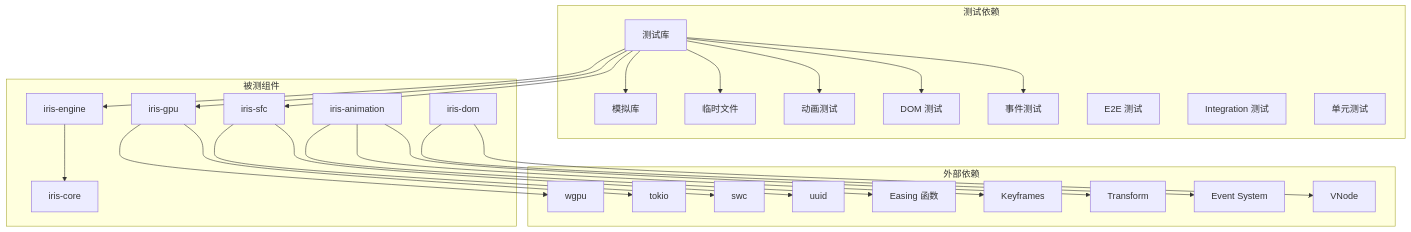
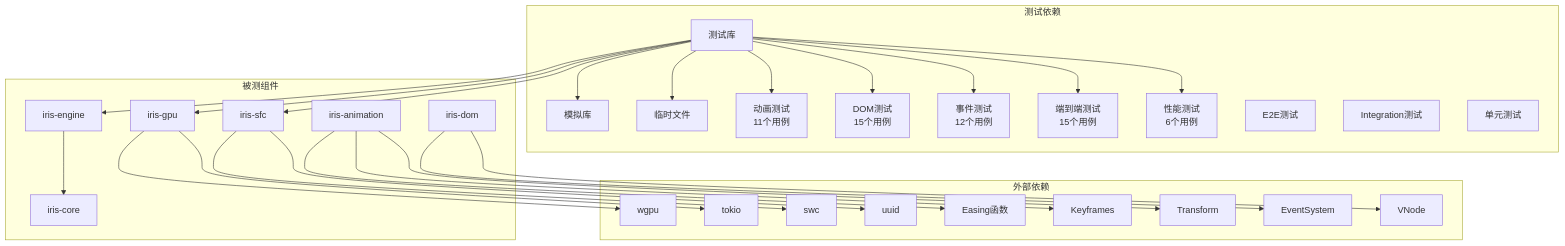
Before and after one commit to itszzl-sudo/iris: diagram 15 of 15 in .qoder/repowiki/zh/content/核心功能特性/工程化与商业化能力/测试框架与基础设施/测试框架与基础设施.md, drawn with Mermaid. The commit also changed other lines of this file and 4 other files, not shown here.

````diff
--- a/.qoder/repowiki/zh/content/核心功能特性/工程化与商业化能力/测试框架与基础设施/测试框架与基础设施.md
+++ b/.qoder/repowiki/zh/content/核心功能特性/工程化与商业化能力/测试框架与基础设施/测试框架与基础设施.md
@@ -551,51 +621,55 @@
 ```mermaid
 graph TB
 subgraph "测试依赖"
 TEST_LIB[测试库]
 MOCK[模拟库]
 TEMP[临时文件]
-ANIMATION_TEST[动画测试]
-DOM_TEST[DOM 测试]
-EVENT_TEST[事件测试]
-END_TO_END[E2E 测试]
-INTEGRATION[Integration 测试]
+ANIMATION_TEST[动画测试<br/>11个用例]
+DOM_TEST[DOM测试<br/>15个用例]
+EVENT_TEST[事件测试<br/>12个用例]
+E2E_TEST[端到端测试<br/>15个用例]
+PERFORMANCE_TEST[性能测试<br/>6个用例]
+END_TO_END[E2E测试]
+INTEGRATION[Integration测试]
 UNIT[单元测试]
 end
 subgraph "被测组件"
 ENGINE[iris-engine]
 GPU[iris-gpu]
 SFC[iris-sfc]
 CORE[iris-core]
 ANIM_ENGINE[iris-animation]
 DOM_ENGINE[iris-dom]
 end
 subgraph "外部依赖"
 WGPU[wgpu]
 TOKIO[tokio]
 SWC[swc]
 UUID[uuid]
-EASE[Easing 函数]
+EASE[Easing函数]
 KEYFRAME[Keyframes]
 TRANSFORM[Transform]
-EVENT[Event System]
+EVENT[EventSystem]
 VNODE[VNode]
 end
 TEST_LIB --> ENGINE
 TEST_LIB --> GPU
 TEST_LIB --> SFC
 TEST_LIB --> MOCK
 TEST_LIB --> TEMP
 TEST_LIB --> ANIMATION_TEST
 TEST_LIB --> DOM_TEST
 TEST_LIB --> EVENT_TEST
+TEST_LIB --> E2E_TEST
+TEST_LIB --> PERFORMANCE_TEST
 ENGINE --> CORE
 GPU --> WGPU
 GPU --> TOKIO
 SFC --> SWC
 SFC --> UUID
 ANIM_ENGINE --> EASE
 ANIM_ENGINE --> KEYFRAME
 ANIM_ENGINE --> TRANSFORM
 DOM_ENGINE --> EVENT
 DOM_ENGINE --> VNODE
 ```
````
